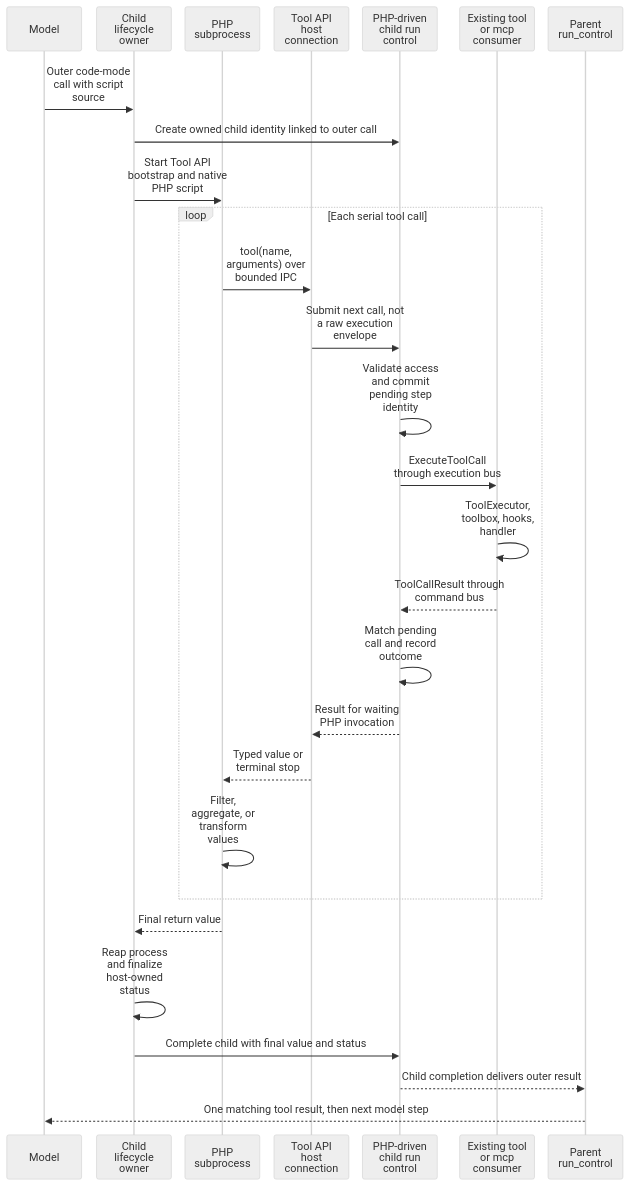
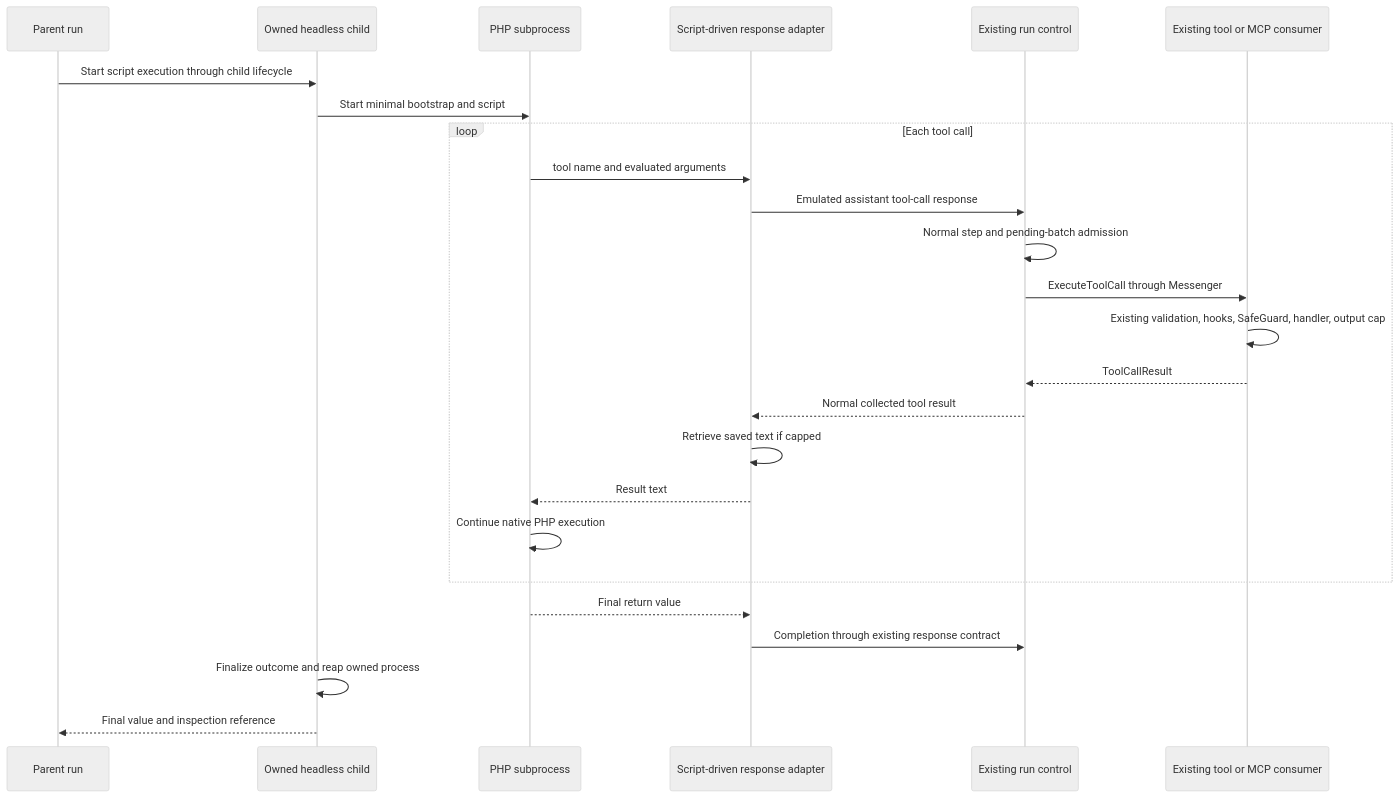
One commit to ineersa/agent-core changed the first of 4 diagrams in architecture/php-code-mode-discovery.md. Above: the diagram before and after it, drawn with Mermaid (neutral theme). The commit also changed other lines of this file, not shown here.

Commit message:
docs: simplify code mode around script-driven subagents

````diff
--- a/architecture/php-code-mode-discovery.md
+++ b/architecture/php-code-mode-discovery.md
@@ -114,32 +23,27 @@
 ```mermaid
-%%{init: {"sequence": {"wrap": true, "width": 110, "actorMargin": 20, "diagramMarginX": 10, "messageMargin": 30}}}%%
 sequenceDiagram
-    participant Model
-    participant Owner as Child lifecycle owner
+    participant Parent as Parent run
+    participant Child as Owned headless child
     participant PHP as PHP subprocess
-    participant Bridge as Tool API host connection
-    participant Child as PHP-driven child run control
-    participant Worker as Existing tool or mcp consumer
-    participant RC as Parent run_control
-
-    Model->>Owner: Outer code-mode call with script source
-    Owner->>Child: Create owned child identity linked to outer call
-    Owner->>PHP: Start Tool API bootstrap and native PHP script
-    loop Each serial tool call
-        PHP->>Bridge: tool(name, arguments) over bounded IPC
-        Bridge->>Child: Submit next call, not a raw execution envelope
-        Child->>Child: Validate access and commit pending step identity
-        Child->>Worker: ExecuteToolCall through execution bus
-        Worker->>Worker: ToolExecutor, toolbox, hooks, handler
-        Worker-->>Child: ToolCallResult through command bus
-        Child->>Child: Match pending call and record outcome
-        Child-->>Bridge: Result for waiting PHP invocation
-        Bridge-->>PHP: Typed value or terminal stop
-        PHP->>PHP: Filter, aggregate, or transform values
+    participant Adapter as Script-driven response adapter
+    participant RC as Existing run control
+    participant Worker as Existing tool or MCP consumer
+    Parent->>Child: Start script execution through child lifecycle
+    Child->>PHP: Start minimal bootstrap and script
+    loop Each tool call
+        PHP->>Adapter: tool name and evaluated arguments
+        Adapter->>RC: Emulated assistant tool-call response
+        RC->>RC: Normal step and pending-batch admission
+        RC->>Worker: ExecuteToolCall through Messenger
+        Worker->>Worker: Existing validation, hooks, SafeGuard, handler, output cap
+        Worker-->>RC: ToolCallResult
+        RC-->>Adapter: Normal collected tool result
+        Adapter->>Adapter: Retrieve saved text if capped
+        Adapter-->>PHP: Result text
+        PHP->>PHP: Continue native PHP execution
     end
-    PHP-->>Owner: Final return value
-    Owner->>Owner: Reap process and finalize host-owned status
-    Owner->>Child: Complete child with final value and status
-    Child-->>RC: Child completion delivers outer result
-    RC-->>Model: One matching tool result, then next model step
+    PHP-->>Adapter: Final return value
+    Adapter->>RC: Completion through existing response contract
+    Child->>Child: Finalize outcome and reap owned process
+    Child-->>Parent: Final value and inspection reference
 ```
````
